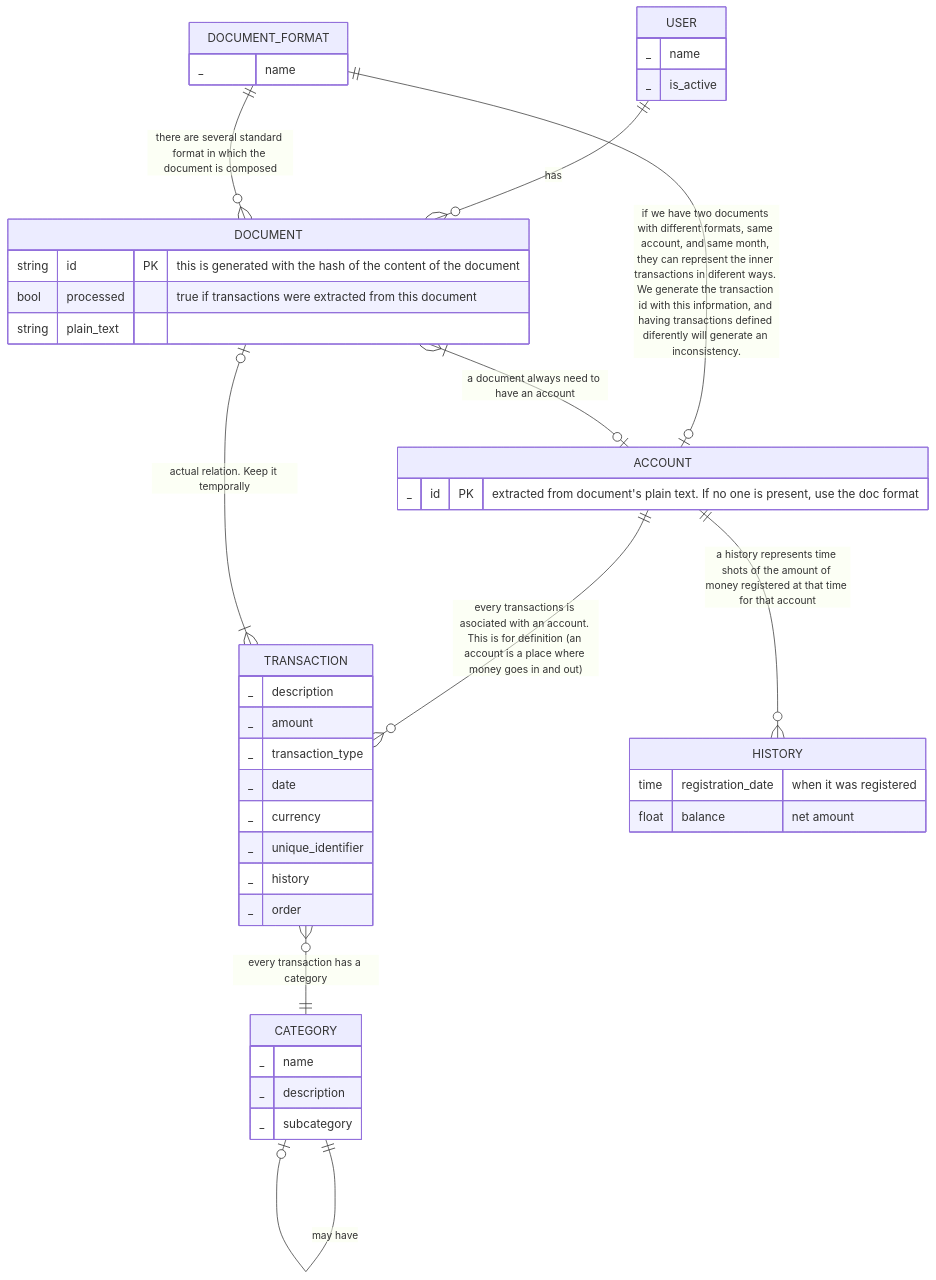
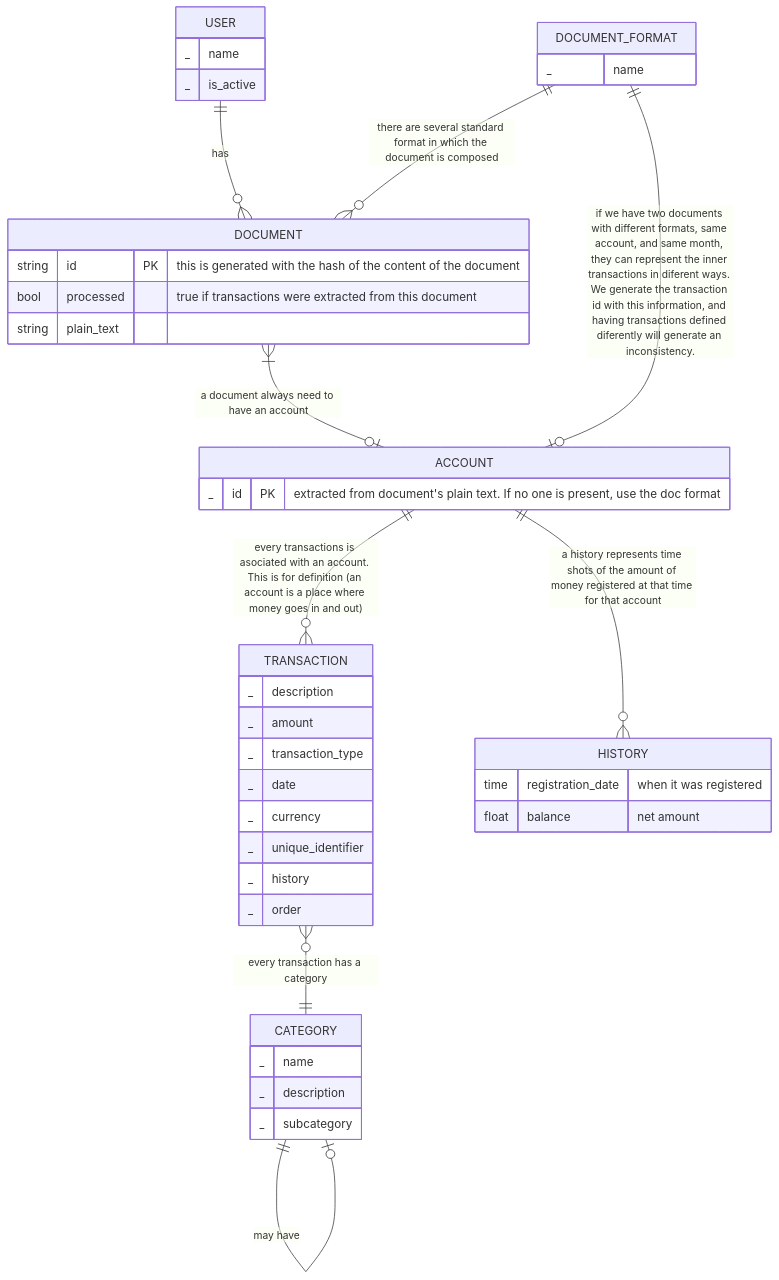
Before and after one commit to josueelias9/improving-BCP-organizate: the diagram in new-service/app/README.md, drawn with Mermaid. The commit also changed 6 other files, not shown here.

````diff
--- a/new-service/app/README.md
+++ b/new-service/app/README.md
@@ -22,59 +22,58 @@
 ```mermaid
 erDiagram
 
 
     USER {
         _ name
         _ is_active
     }
 
     TRANSACTION {
         _ description
         _ amount
         _ transaction_type
         _ date
         _ currency
         _ unique_identifier 
         _ history
         _ order
     }
 
     HISTORY {
         time registration_date "when it was registered"
         float balance "net amount"
     }
 
     CATEGORY {
         _ name
         _ description
         _ subcategory
     }
 
     DOCUMENT_FORMAT {
         _ name
     }
 
 
     ACCOUNT {        
         _ id PK "extracted from document's plain text. If no one is present, use the doc format"
     }
 
     DOCUMENT {
         string id PK "this is generated with the hash of the content of the document"
         bool processed "true if transactions were extracted from this document"
         string plain_text
     }
 
     %% Relaciones
     USER ||--o{ DOCUMENT : "has"
     ACCOUNT ||--o{ TRANSACTION : "every transactions is asociated with an account. This is for definition (an account is a place where money goes in and out)"
     TRANSACTION }o--|| CATEGORY : "every transaction has a category"
     CATEGORY ||--o| CATEGORY : "may have"
     DOCUMENT_FORMAT ||--o{ DOCUMENT : "there are several standard format in which the document is composed"
     DOCUMENT_FORMAT ||--o| ACCOUNT : "if we have two documents with different formats, same account, and same month, they can represent the inner transactions in diferent ways. We generate the transaction id with this information, and having transactions defined diferently will generate an inconsistency."
     DOCUMENT }|--o| ACCOUNT : "a document always need to have an account"
     ACCOUNT ||--o{ HISTORY : "a history represents time shots of the amount of money registered at that time for that account"
-    TRANSACTION }|--o| DOCUMENT : "actual relation. Keep it temporally"
 
     
 ```
````
